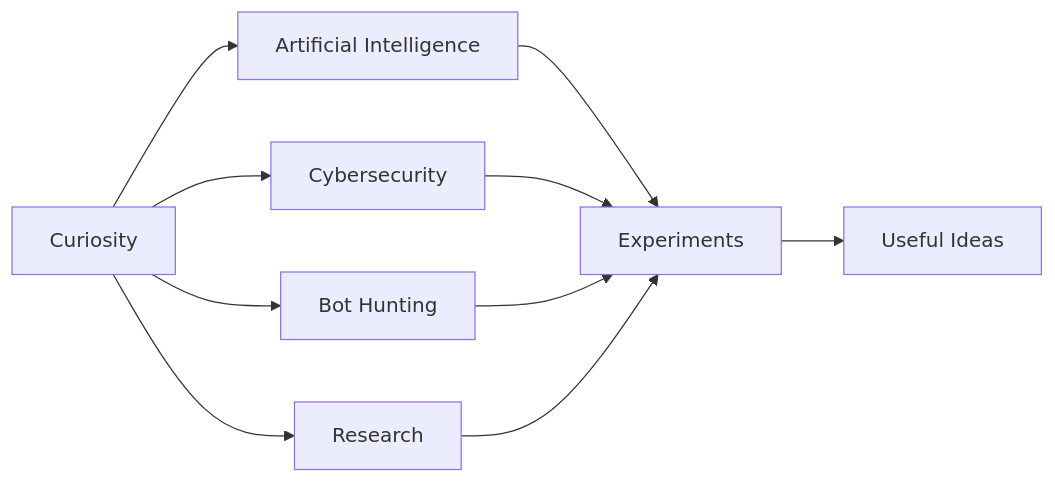
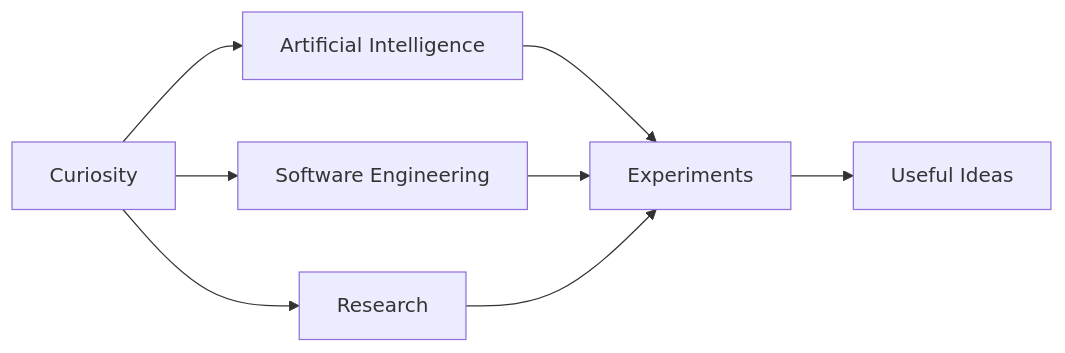
The diagram in README.md (codezxsWIN/codezxsWIN), drawn with Mermaid before and after one commit. The commit also changed other lines of this file, not shown here.

````diff
--- a/README.md
+++ b/README.md
@@ -30,12 +28,10 @@
 ```mermaid
 flowchart LR
     C[Curiosity] --> AI[Artificial Intelligence]
-    C --> SEC[Cybersecurity]
-    C --> B[Bot Hunting]
+    C --> SE[Software Engineering]
     C --> R[Research]
     AI --> X[Experiments]
-    SEC --> X
-    B --> X
+    SE --> X
     R --> X
     X --> I[Useful Ideas]
 ```
````
